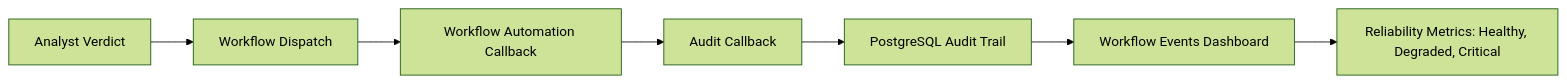
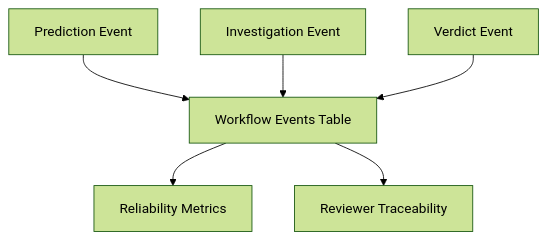
The sixth of 6 diagrams in README.md (IjazKakkodDS/transaction-fraud-intelligence-console), drawn with Mermaid (forest theme) before and after one commit. The commit also changed other lines of this file, not shown here.

Commit message:
Simplify README Mermaid syntax

````diff
--- a/README.md
+++ b/README.md
@@ -342,9 +371,15 @@
 ```mermaid
-flowchart LR
-    A["Analyst Verdict"] --> B["Workflow Dispatch"]
-    B --> C["Workflow Automation Callback"]
-    C --> D["Audit Callback"]
-    D --> E["PostgreSQL Audit Trail"]
-    E --> F["Workflow Events Dashboard"]
-    F --> G["Reliability Metrics: Healthy, Degraded, Critical"]
+graph TD
+A[Prediction Event]
+B[Investigation Event]
+C[Verdict Event]
+D[Workflow Events Table]
+E[Reliability Metrics]
+F[Reviewer Traceability]
+
+A --> D
+B --> D
+C --> D
+D --> E
+D --> F
 ```
````
